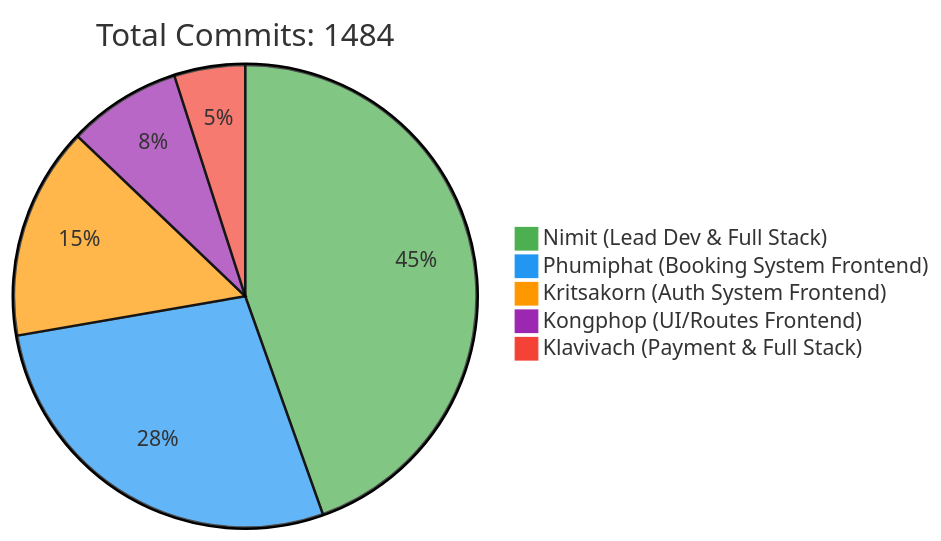
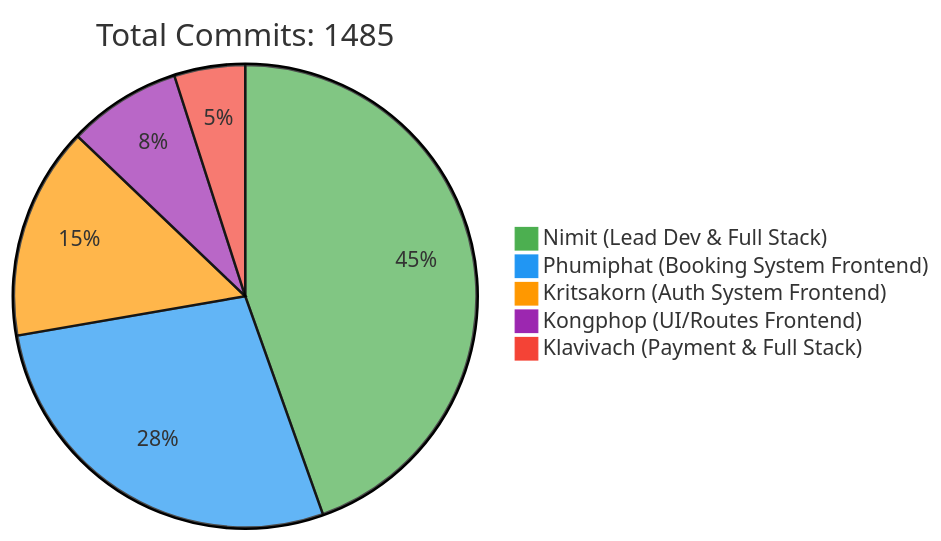
The first of 2 diagrams in README.md (6531503042/Sport-Complex), drawn with Mermaid before and after one commit. The commit also changed other lines of this file, not shown here.

Commit message:
docs: Update contributor statistics [skip ci]

````diff
--- a/README.md
+++ b/README.md
@@ -257,10 +257,10 @@
 ```mermaid
 %%{init: {'theme': 'base', 'themeVariables': { 'pie1': '#4CAF50', 'pie2': '#2196F3', 'pie3': '#FF9800', 'pie4': '#9C27B0', 'pie5': '#F44336'}}}%%
 pie
-    title Total Commits: 1484
+    title Total Commits: 1485
     "Nimit (Lead Dev & Full Stack)" : 450
     "Phumiphat (Booking System Frontend)" : 280
     "Kritsakorn (Auth System Frontend)" : 150
     "Kongphop (UI/Routes Frontend)" : 80
     "Klavivach (Payment & Full Stack)" : 50
 ```
````
